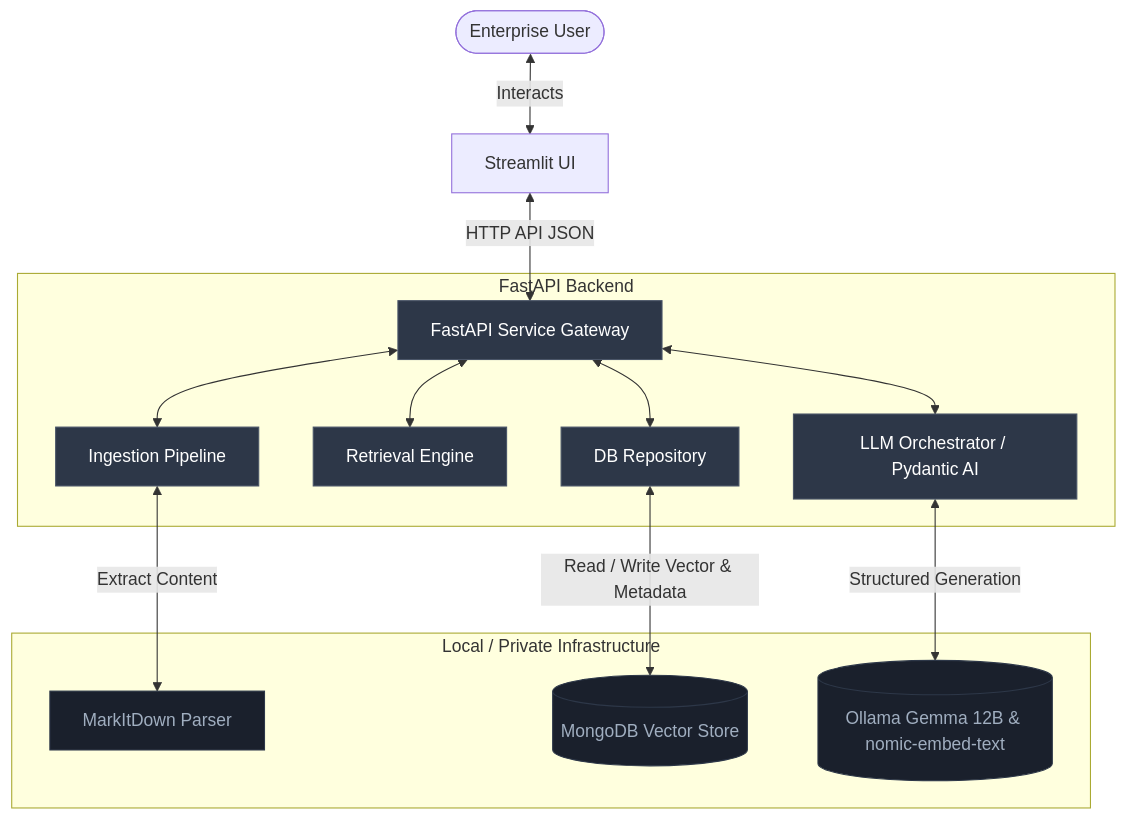
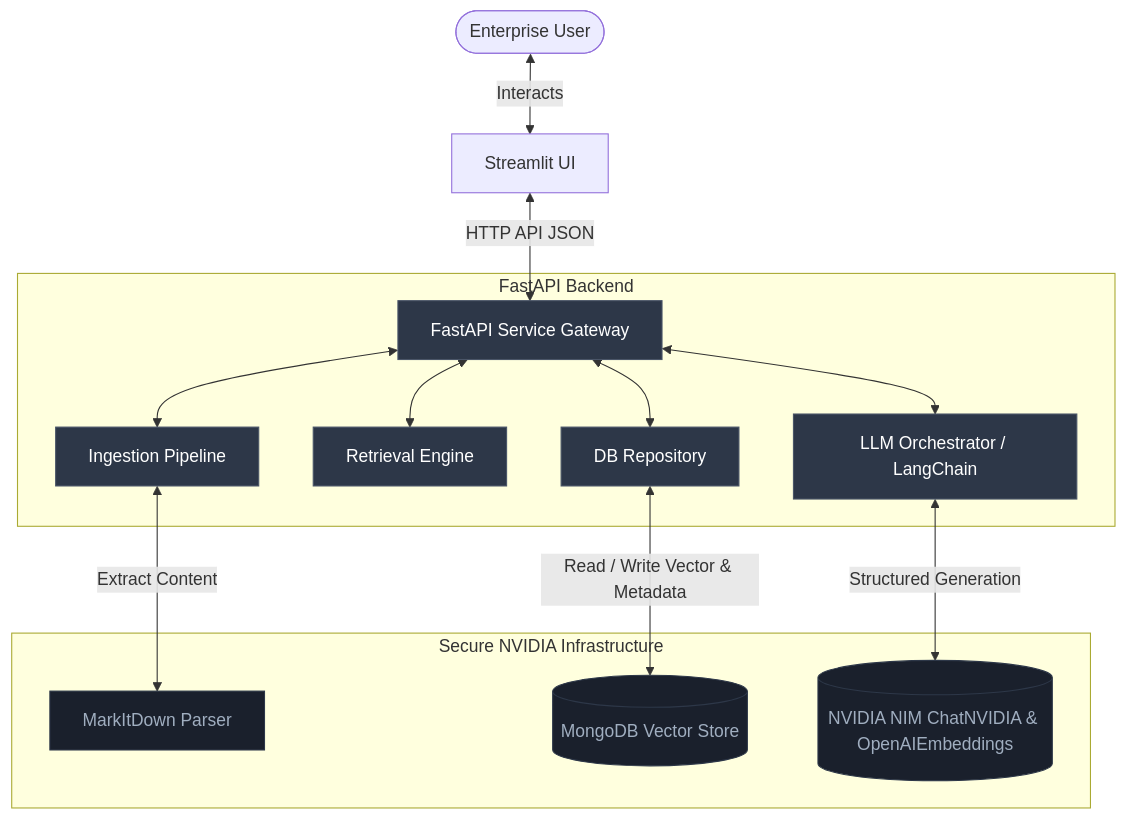
Before and after one commit to ShivaAdigopula/project-ragbit: the diagram in docs/srs.md, drawn with Mermaid. The commit also changed other lines of this file and 15 other files, not shown here.

Commit message:
Refactor RAG platform: remove all local Ollama dependencies, fully migrate to LangChain ChatNVIDIA and NVIDIA NIM cloud endpoints, resolve module pathing, and suppress pydub audio warning

````diff
--- a/docs/srs.md
+++ b/docs/srs.md
@@ -20,23 +20,23 @@
 ```mermaid
 graph TD
     User([Enterprise User]) <-->|Interacts| UI[Streamlit UI]
     UI <-->|HTTP API JSON| API[FastAPI Service Gateway]
 
     subgraph API_Services [FastAPI Backend]
         API <--> DB_Repo[DB Repository]
         API <--> RAG_Eng[Retrieval Engine]
-        API <--> LLM_Orch[LLM Orchestrator / Pydantic AI]
+        API <--> LLM_Orch[LLM Orchestrator / LangChain]
         API <--> Ingest_Pipe[Ingestion Pipeline]
     end
 
-    subgraph External_Services [Local / Private Infrastructure]
+    subgraph External_Services [Secure NVIDIA Infrastructure]
         Ingest_Pipe <-->|Extract Content| MID[MarkItDown Parser]
         DB_Repo <-->|Read / Write Vector & Metadata| MongoDB[(MongoDB Vector Store)]
-        LLM_Orch <-->|Structured Generation| Ollama[(Ollama Gemma 12B & nomic-embed-text)]
+        LLM_Orch <-->|Structured Generation| NVIDIA[(NVIDIA NIM ChatNVIDIA & OpenAIEmbeddings)]
     end
 
     classDef api fill:#2d3748,stroke:#4a5568,color:#fff;
     classDef infra fill:#1a202c,stroke:#2d3748,color:#a0aec0;
     class API,DB_Repo,RAG_Eng,LLM_Orch,Ingest_Pipe api;
-    class MongoDB,Ollama,MID infra;
+    class MongoDB,NVIDIA,MID infra;
 ```
````
